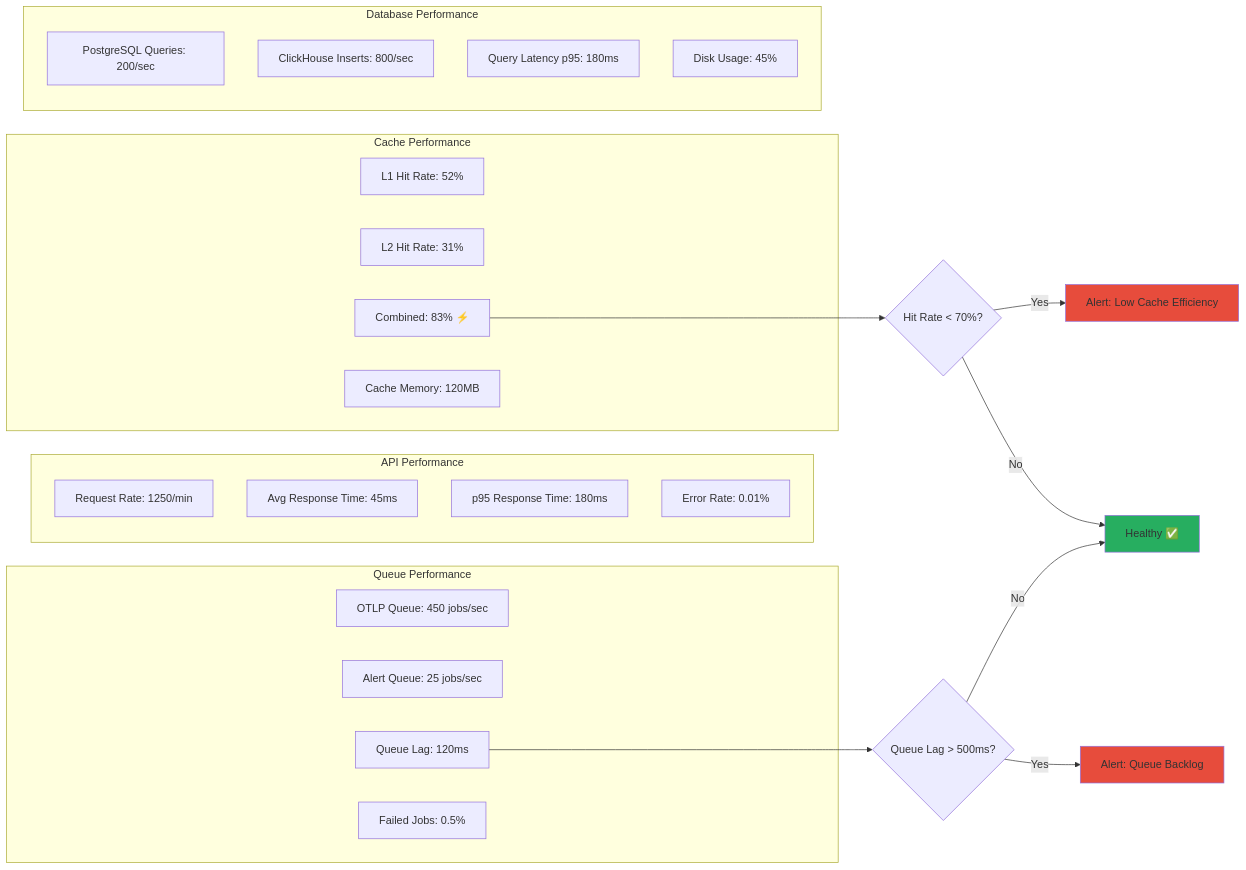
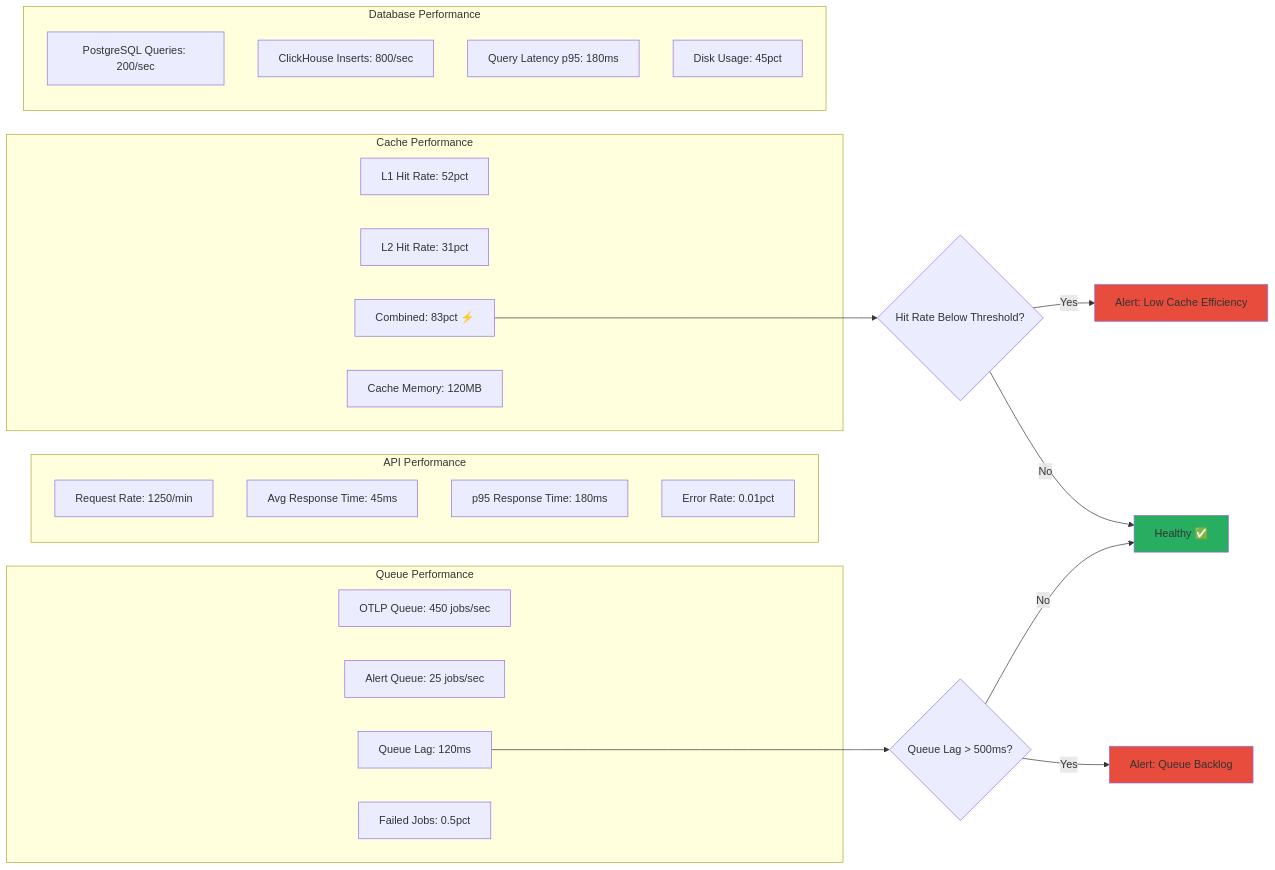
Before and after one commit to telemetryflow/telemetryflow-overview: diagram 48 of 54 in architecture/05-PERFORMANCE.md, drawn with Mermaid. The commit also changed other lines of this file and 68 other files, not shown here.

````diff
--- a/architecture/05-PERFORMANCE.md
+++ b/architecture/05-PERFORMANCE.md
@@ -1781,42 +1803,42 @@
 ```mermaid
 graph LR
     subgraph "API Performance"
         A[Request Rate: 1250/min]
         B[Avg Response Time: 45ms]
         C[p95 Response Time: 180ms]
-        D[Error Rate: 0.01%]
+        D[Error Rate: 0.01pct]
     end
 
     subgraph "Cache Performance"
-        E[L1 Hit Rate: 52%]
-        F[L2 Hit Rate: 31%]
-        G[Combined: 83% ⚡]
+        E[L1 Hit Rate: 52pct]
+        F[L2 Hit Rate: 31pct]
+        G[Combined: 83pct ⚡]
         H[Cache Memory: 120MB]
     end
 
     subgraph "Queue Performance"
         I[OTLP Queue: 450 jobs/sec]
         J[Alert Queue: 25 jobs/sec]
         K[Queue Lag: 120ms]
-        L[Failed Jobs: 0.5%]
+        L[Failed Jobs: 0.5pct]
     end
 
     subgraph "Database Performance"
         M[PostgreSQL Queries: 200/sec]
         N[ClickHouse Inserts: 800/sec]
         O[Query Latency p95: 180ms]
-        P[Disk Usage: 45%]
+        P[Disk Usage: 45pct]
     end
 
-    G --> Q{Hit Rate < 70%?}
+    G --> Q{Hit Rate Below Threshold?}
     Q -->|Yes| R[Alert: Low Cache Efficiency]
     Q -->|No| S[Healthy ✅]
 
     K --> T{Queue Lag > 500ms?}
     T -->|Yes| U[Alert: Queue Backlog]
     T -->|No| S
 
     style R fill:#e74c3c
     style U fill:#e74c3c
     style S fill:#27ae60
 ```
````
